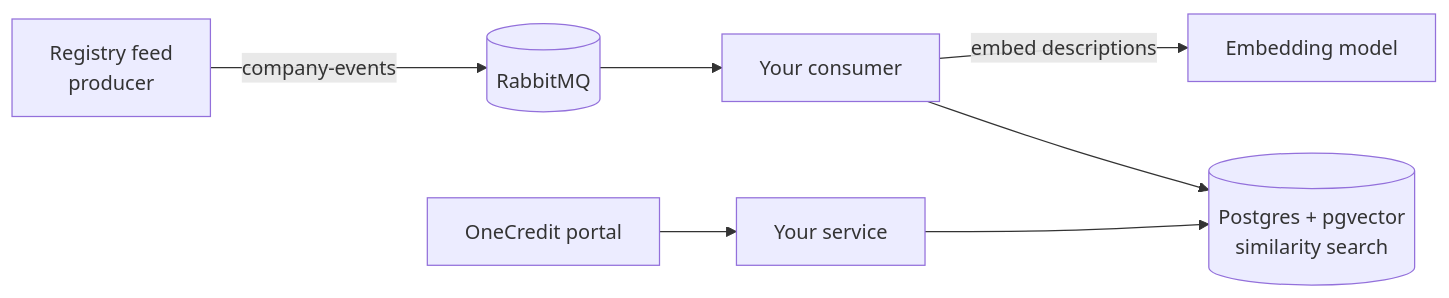
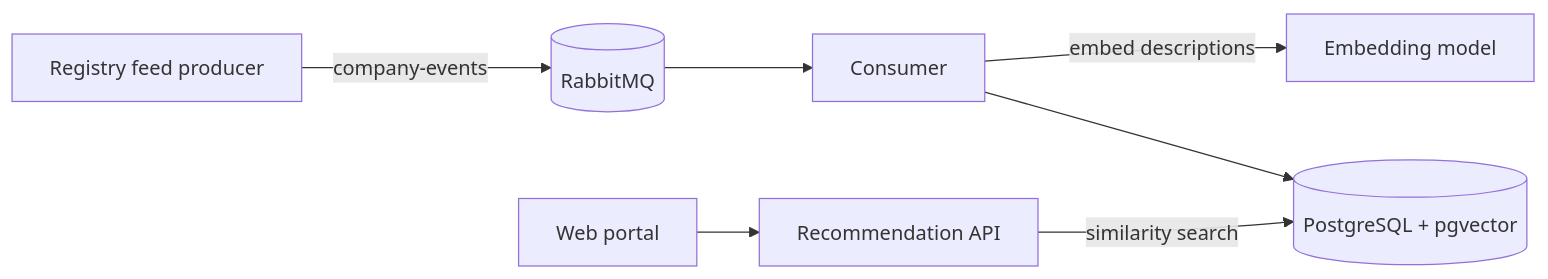
The diagram in README.md (janicelew/mle-take-home), drawn with Mermaid before and after one commit. The commit also changed other lines of this file and 1 other file, not shown here.

````diff
--- a/README.md
+++ b/README.md
@@ -69,9 +11,9 @@
 ```mermaid
 flowchart LR
-    P[Registry feed<br/>producer] -->|company-events| Q[(RabbitMQ)]
-    Q --> C[Your consumer]
-    C -->|embed descriptions| E[Embedding model]
-    C --> D[(Postgres + pgvector<br/>similarity search)]
-    A[Your service] --> D
-    W[OneCredit portal] --> A
+    P[Registry feed producer] -- company-events --> Q[(RabbitMQ)]
+    Q --> C[Consumer]
+    C -- embed descriptions --> E[Embedding model]
+    C --> DB[(PostgreSQL + pgvector)]
+    W[Web portal] --> S[Recommendation API]
+    S -- similarity search --> DB
 ```
````
